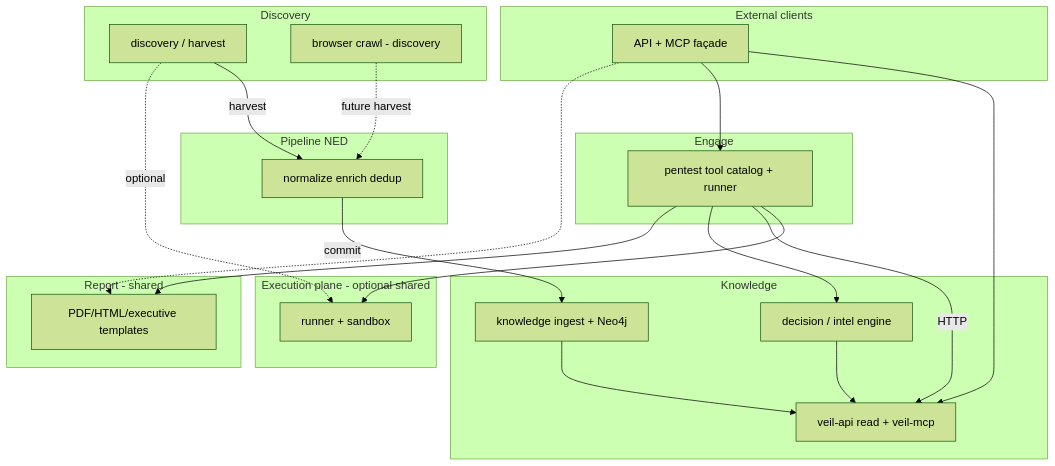
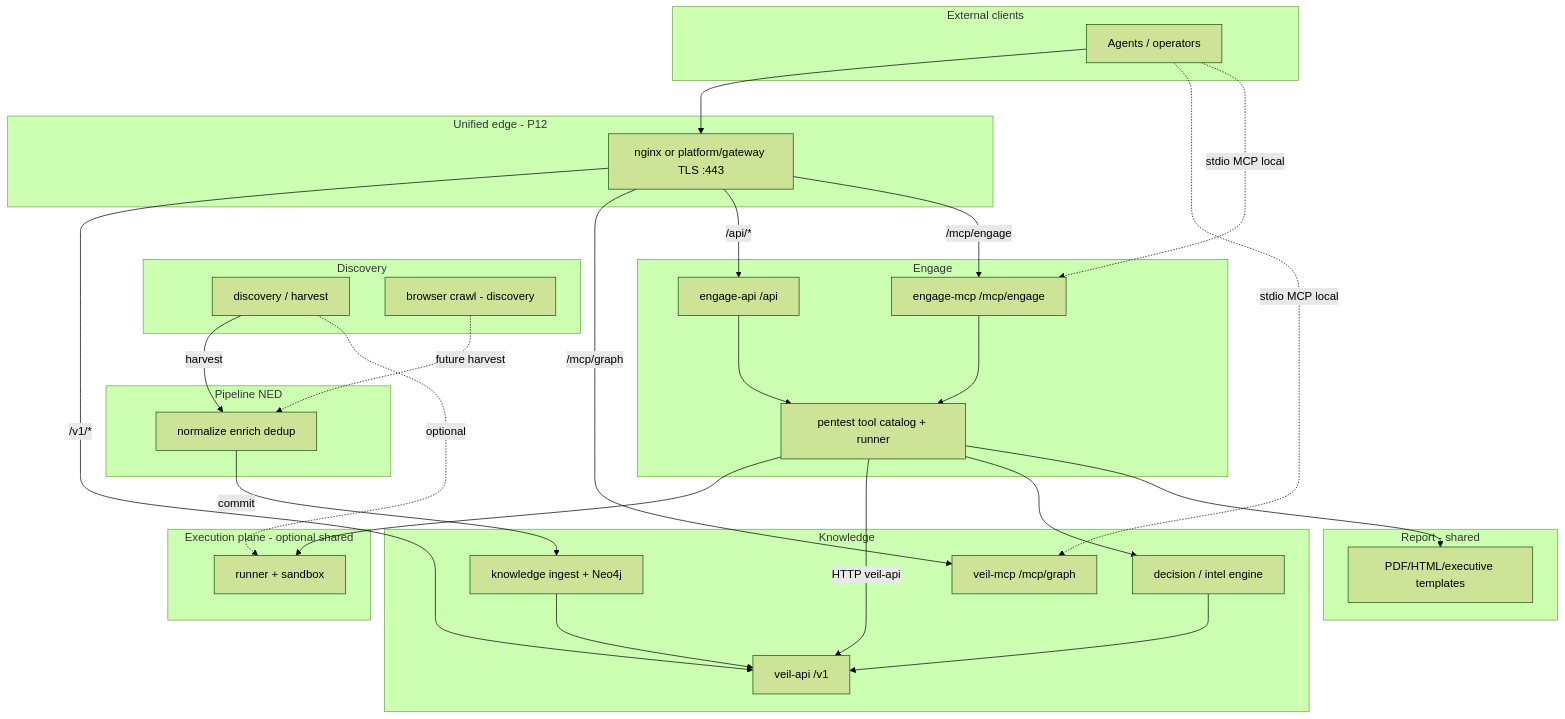
The diagram in docs/platform-architecture.md (butbeautifulv/threat_intelligence), drawn with Mermaid (forest theme) before and after one commit. The commit also changed other lines of this file and 2 other files, not shown here.

Commit message:
docs(platform): P12a unified access ADR
Document unified edge path map, MCP stdio vs HTTP, VEIL_*_SCALE vars,
and Neo4j Enterprise cluster profile; update architecture mermaid and
P12 master plan phase table.

````diff
--- a/docs/platform-architecture.md
+++ b/docs/platform-architecture.md
@@ -31,40 +31,52 @@
 ```mermaid
 flowchart TB
   subgraph clients [External clients]
-    MCP[API + MCP façade]
+    AG[Agents / operators]
+  end
+  subgraph edge [Unified edge - P12]
+    NGX[nginx or platform/gateway TLS :443]
   end
   subgraph discovery [Discovery]
     SC[discovery / harvest]
     BR[browser crawl - discovery]
   end
   subgraph knowledge [Knowledge]
     GR[knowledge ingest + Neo4j]
-    GS[veil-api read + veil-mcp]
+    GS[veil-api /v1]
+    GM[veil-mcp /mcp/graph]
     DE[decision / intel engine]
   end
   subgraph pipeline [Pipeline NED]
     NED[normalize enrich dedup]
   end
   subgraph engage [Engage]
+    EA[engage-api /api]
+    EM[engage-mcp /mcp/engage]
     TOOLS[pentest tool catalog + runner]
   end
   subgraph report [Report - shared]
     REP[PDF/HTML/executive templates]
   end
   subgraph exec [Execution plane - optional shared]
     RUN[runner + sandbox]
   end
-  MCP --> GS
-  MCP --> TOOLS
-  MCP -.-> REP
+  AG --> NGX
+  NGX -->|/v1/*| GS
+  NGX -->|/mcp/graph| GM
+  NGX -->|/api/*| EA
+  NGX -->|/mcp/engage| EM
+  AG -.->|stdio MCP local| GM
+  AG -.->|stdio MCP local| EM
+  EA --> TOOLS
+  EM --> TOOLS
+  TOOLS --> RUN
   SC -->|harvest| NED
   BR -.->|future harvest| NED
   NED -->|commit| GR
-  TOOLS --> RUN
   SC -.->|optional| RUN
-  TOOLS -->|HTTP| GS
+  TOOLS -->|HTTP veil-api| GS
   TOOLS --> DE
   TOOLS --> REP
   GR --> GS
   DE --> GS
 ```
````
